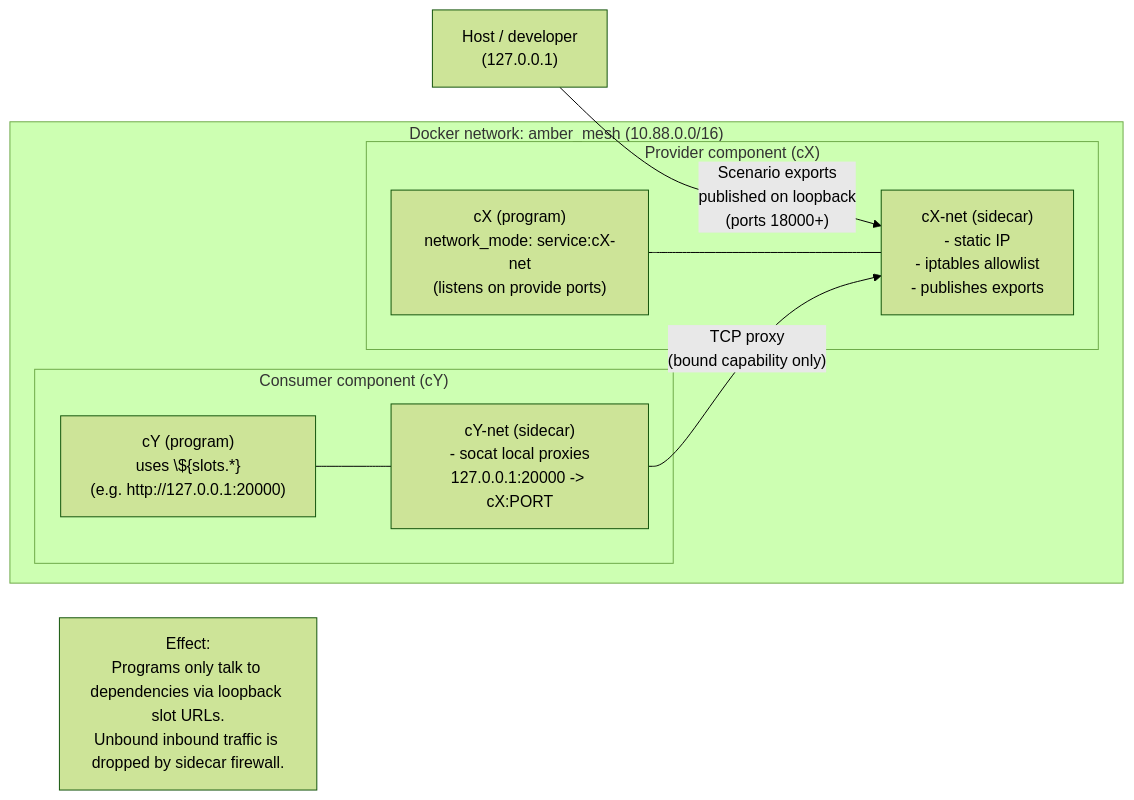
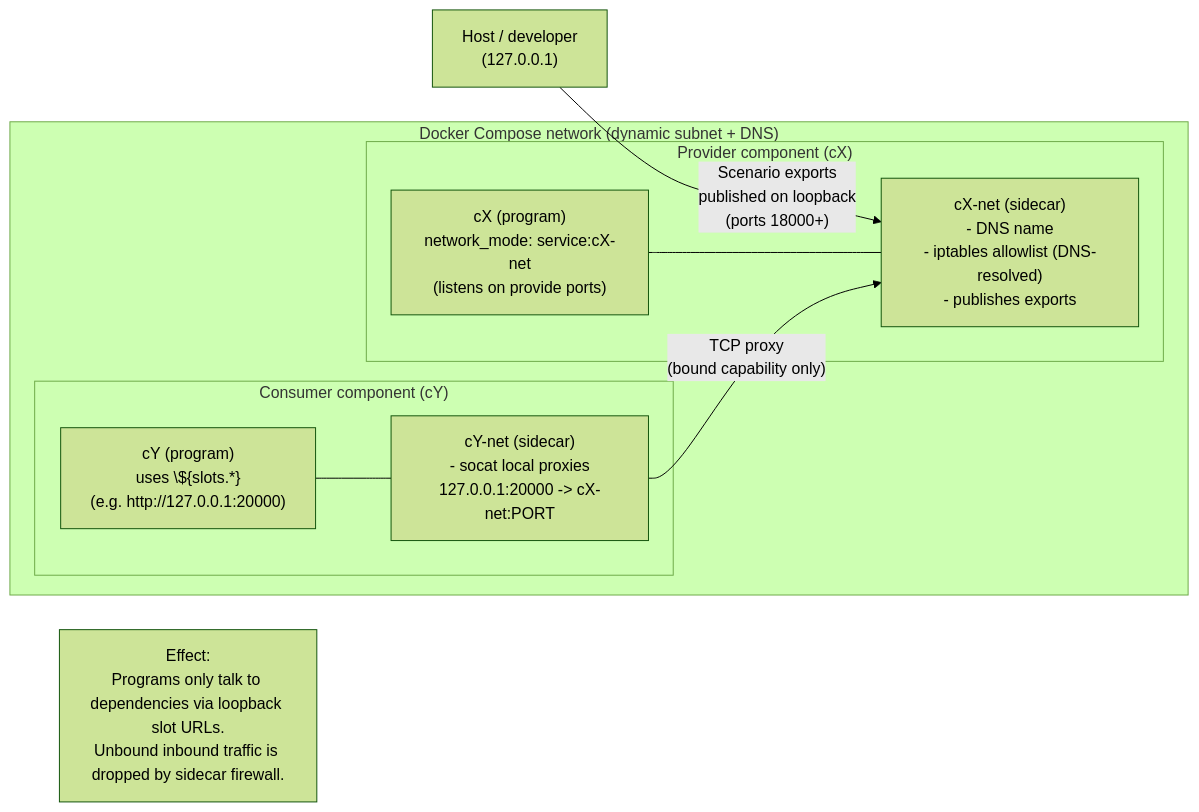
Before and after one commit to RDI-Foundation/amber: the fourth of 4 diagrams in README.md, drawn with Mermaid (forest theme). The commit also changed 4 other files, not shown here.

Commit message:
docker-compose: use dns instead of static networking

````diff
--- a/README.md
+++ b/README.md
@@ -99,22 +99,22 @@
 ```mermaid
 flowchart LR
   Host["Host / developer<br/>(127.0.0.1)"] -->|"Scenario exports<br/>published on loopback<br/>(ports 18000+)"| SidecarP
 
-  subgraph Mesh["Docker network: amber_mesh (10.88.0.0/16)"]
+  subgraph Mesh["Docker Compose network (dynamic subnet + DNS)"]
     subgraph Provider["Provider component (cX)"]
-      SidecarP["cX-net (sidecar)<br/>- static IP<br/>- iptables allowlist<br/>- publishes exports"]
+      SidecarP["cX-net (sidecar)<br/>- DNS name<br/>- iptables allowlist (DNS-resolved)<br/>- publishes exports"]
       ProgP["cX (program)<br/>network_mode: service:cX-net<br/>(listens on provide ports)"]
       ProgP --- SidecarP
     end
 
     subgraph Consumer["Consumer component (cY)"]
-      SidecarC["cY-net (sidecar)<br/>- socat local proxies<br/>127.0.0.1:20000 -> cX:PORT"]
+      SidecarC["cY-net (sidecar)<br/>- socat local proxies<br/>127.0.0.1:20000 -> cX-net:PORT"]
       ProgC["cY (program)<br/>uses \${slots.*}<br/>(e.g. http://127.0.0.1:20000)"]
       ProgC --- SidecarC
     end
 
     SidecarC -->|"TCP proxy<br/>(bound capability only)"| SidecarP
   end
 
   Note["Effect:<br/>Programs only talk to dependencies via loopback slot URLs.<br/>Unbound inbound traffic is dropped by sidecar firewall."]
 ```
````
